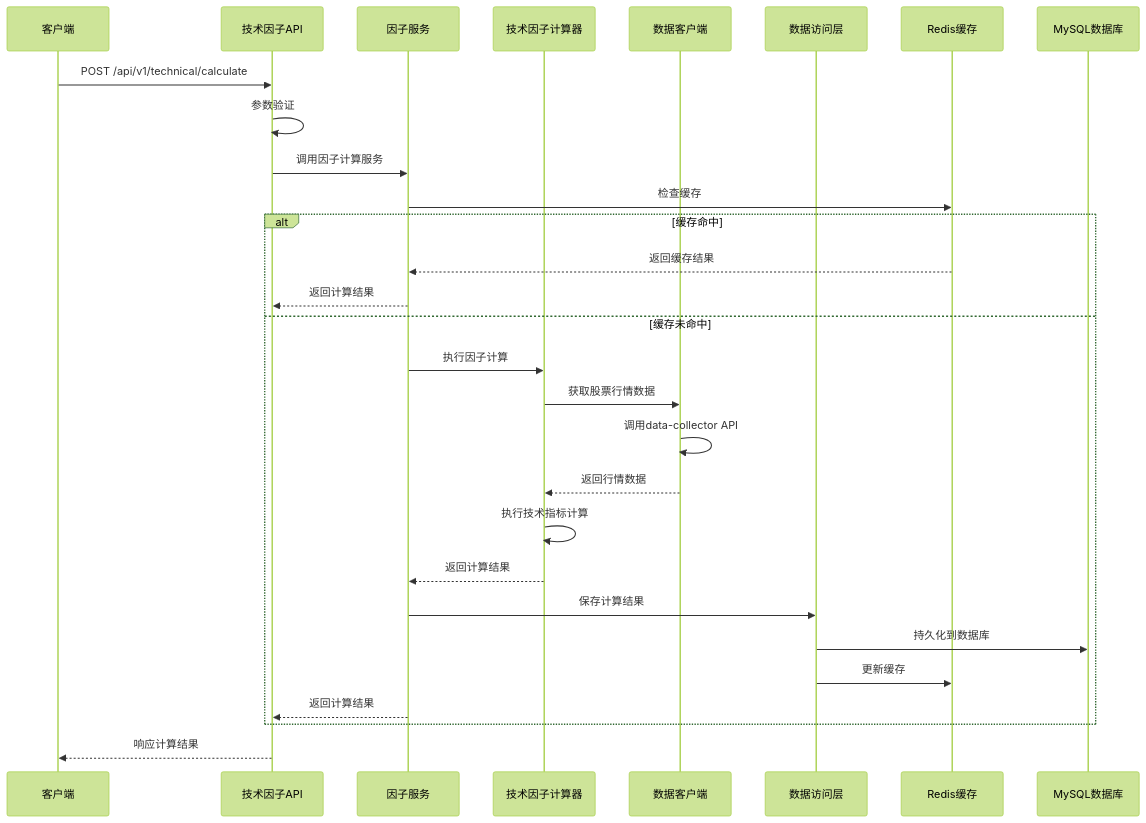
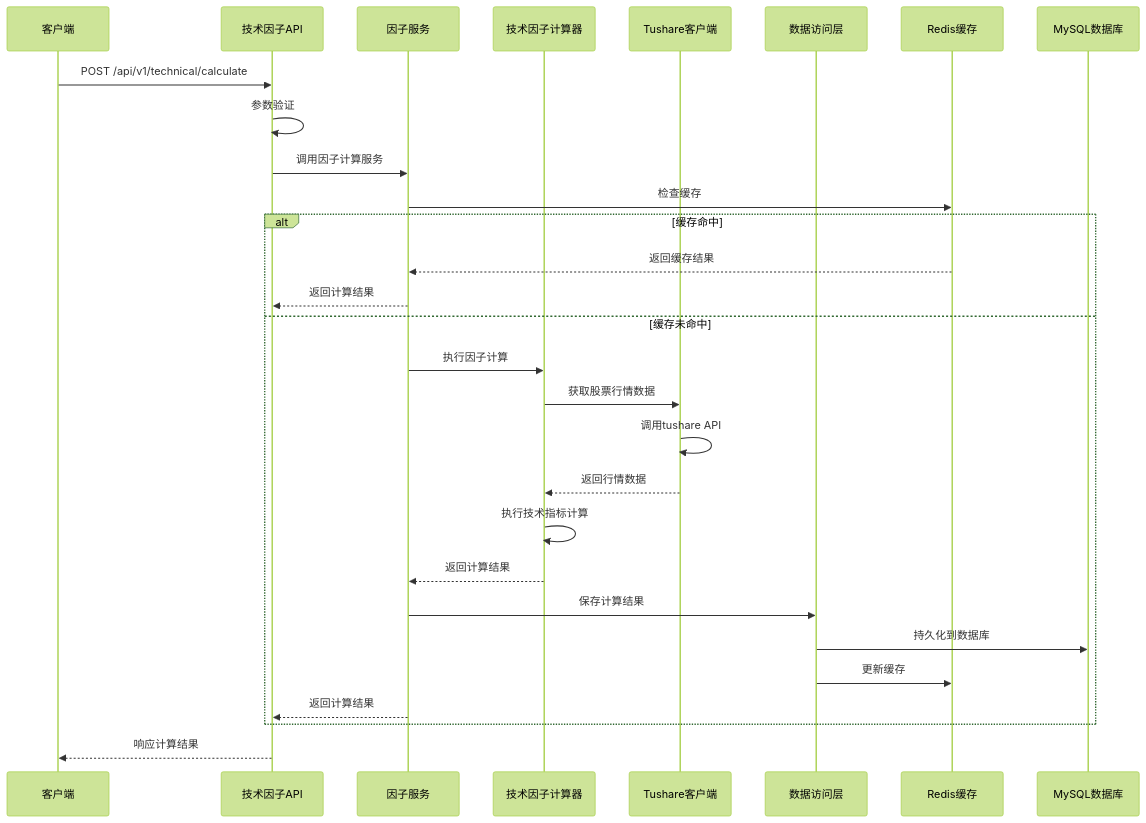
One commit to Casper-Mars/qtrade changed the third of 9 diagrams in docs/iteration-2-factor-engine/design_backend.md. Above: the diagram before and after it, drawn with Mermaid (forest theme). The commit also changed other lines of this file and 18 other files, not shown here.

````diff
--- a/docs/iteration-2-factor-engine/design_backend.md
+++ b/docs/iteration-2-factor-engine/design_backend.md
@@ -337,36 +347,36 @@
 ```mermaid
 sequenceDiagram
     participant Client as 客户端
     participant API as 技术因子API
     participant Service as 因子服务
     participant Calculator as 技术因子计算器
-    participant DataClient as 数据客户端
+    participant TushareClient as Tushare客户端
     participant DAO as 数据访问层
     participant Cache as Redis缓存
     participant DB as MySQL数据库
     
     Client->>API: POST /api/v1/technical/calculate
     API->>API: 参数验证
     API->>Service: 调用因子计算服务
     
     Service->>Cache: 检查缓存
     alt 缓存命中
         Cache-->>Service: 返回缓存结果
         Service-->>API: 返回计算结果
     else 缓存未命中
         Service->>Calculator: 执行因子计算
-        Calculator->>DataClient: 获取股票行情数据
-        DataClient->>DataClient: 调用data-collector API
-        DataClient-->>Calculator: 返回行情数据
+        Calculator->>TushareClient: 获取股票行情数据
+        TushareClient->>TushareClient: 调用tushare API
+        TushareClient-->>Calculator: 返回行情数据
         Calculator->>Calculator: 执行技术指标计算
         Calculator-->>Service: 返回计算结果
         
         Service->>DAO: 保存计算结果
         DAO->>DB: 持久化到数据库
         DAO->>Cache: 更新缓存
         
         Service-->>API: 返回计算结果
     end
     
     API-->>Client: 响应计算结果
 ```
````
